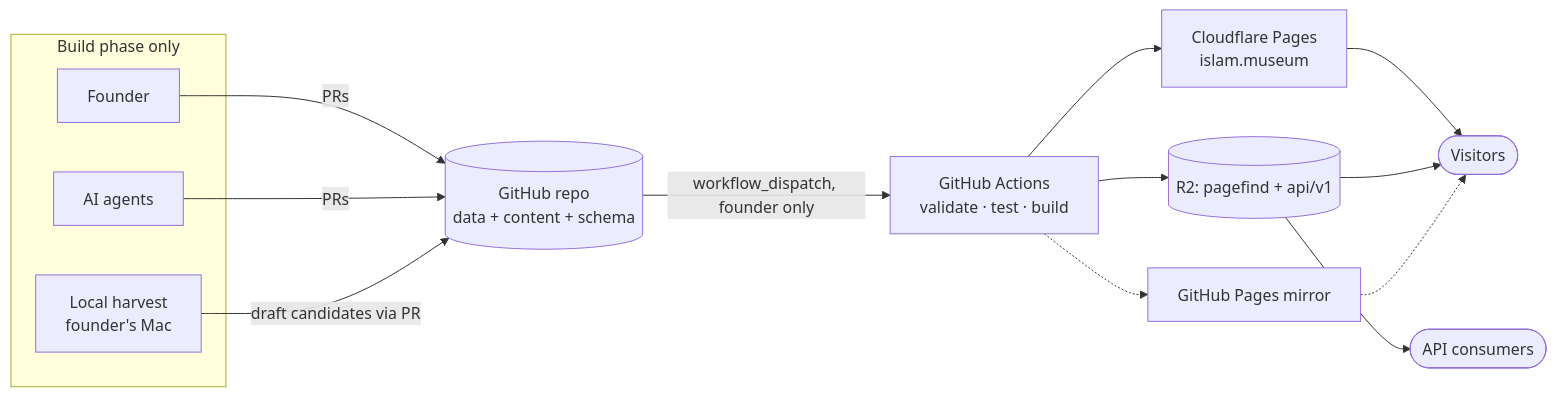
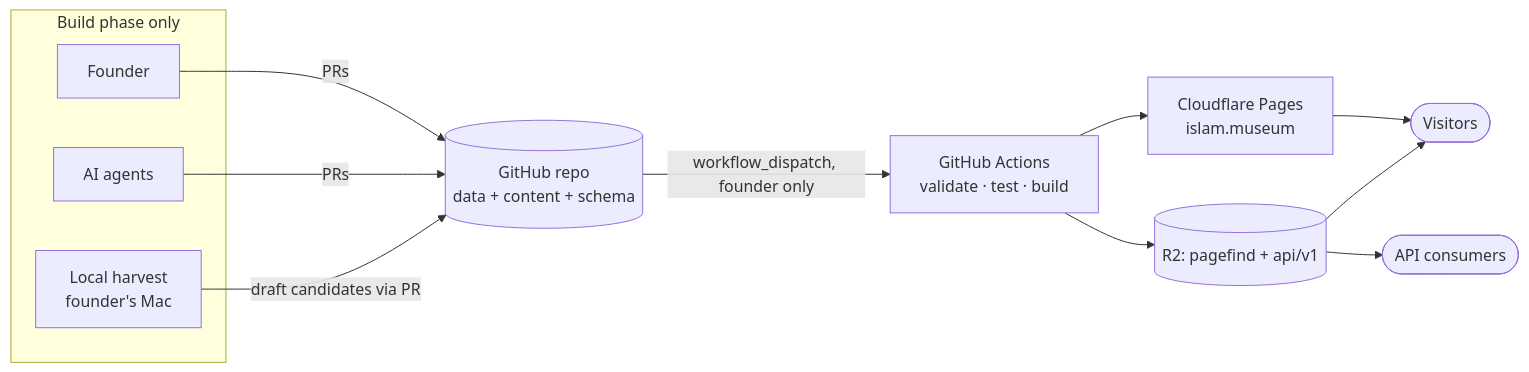
One commit to amado2k5/islam-museum changed the first of 8 diagrams in docs/engineering/diagrams.md. Above: the diagram before and after it, drawn with Mermaid. The commit also changed other lines of this file and 12 other files, not shown here.

````diff
--- a/docs/engineering/diagrams.md
+++ b/docs/engineering/diagrams.md
@@ -8,24 +8,21 @@
 ```mermaid
 flowchart LR
     subgraph Producers["Build phase only"]
         F[Founder]
         AG[AI agents]
         HV[Local harvest<br/>founder's Mac]
     end
     R[(GitHub repo<br/>data + content + schema)]
     CI[GitHub Actions<br/>validate · test · build]
     CF[Cloudflare Pages<br/>islam.museum]
     R2[(R2: pagefind + api/v1)]
-    GP[GitHub Pages mirror]
     V([Visitors])
     C([API consumers])
 
     F & AG -->|PRs| R
     HV -->|draft candidates via PR| R
     R -->|workflow_dispatch, founder only| CI
     CI --> CF & R2
-    CI -.-> GP
     CF --> V
     R2 --> V & C
-    GP -.-> V
 ```
````
